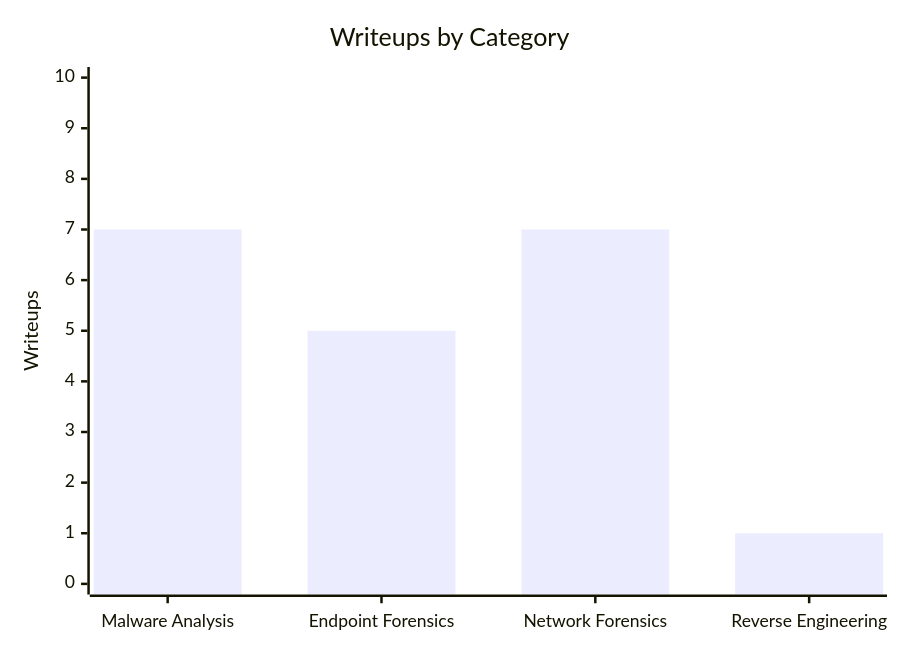
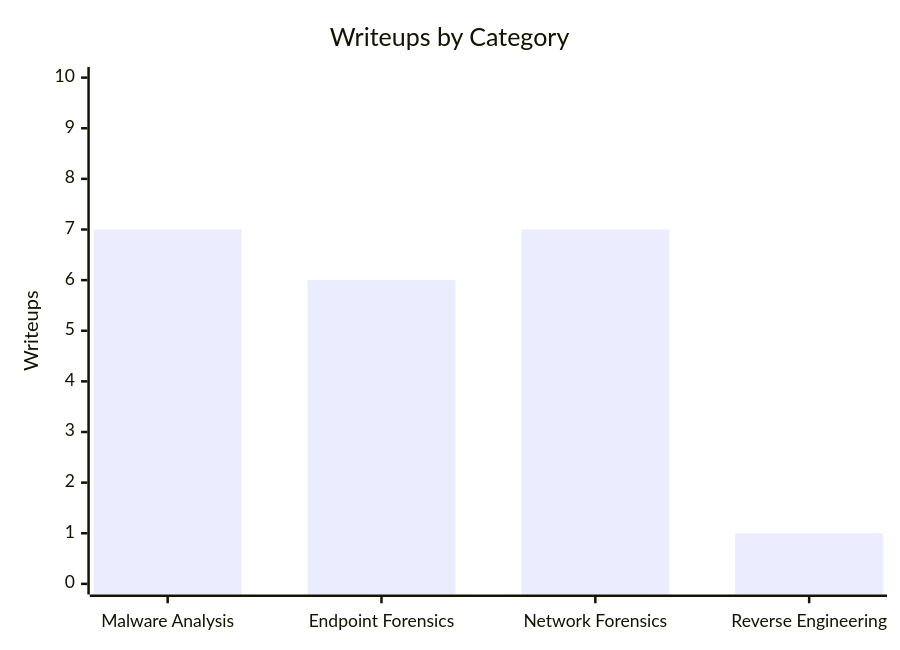
One commit to FrancisVillalon/cyberdefender-writeups changed the diagram in README.md. Above: the diagram before and after it, drawn with Mermaid. The commit also changed other lines of this file and 36 other files, not shown here.

````diff
--- a/README.md
+++ b/README.md
@@ -7,7 +7,7 @@
 ```mermaid
 xychart-beta
     title "Writeups by Category"
     x-axis ["Malware Analysis", "Endpoint Forensics", "Network Forensics", "Reverse Engineering"]
     y-axis "Writeups" 0 --> 10
-    bar [7, 5, 7, 1]
+    bar [7, 6, 7, 1]
 ```
````
